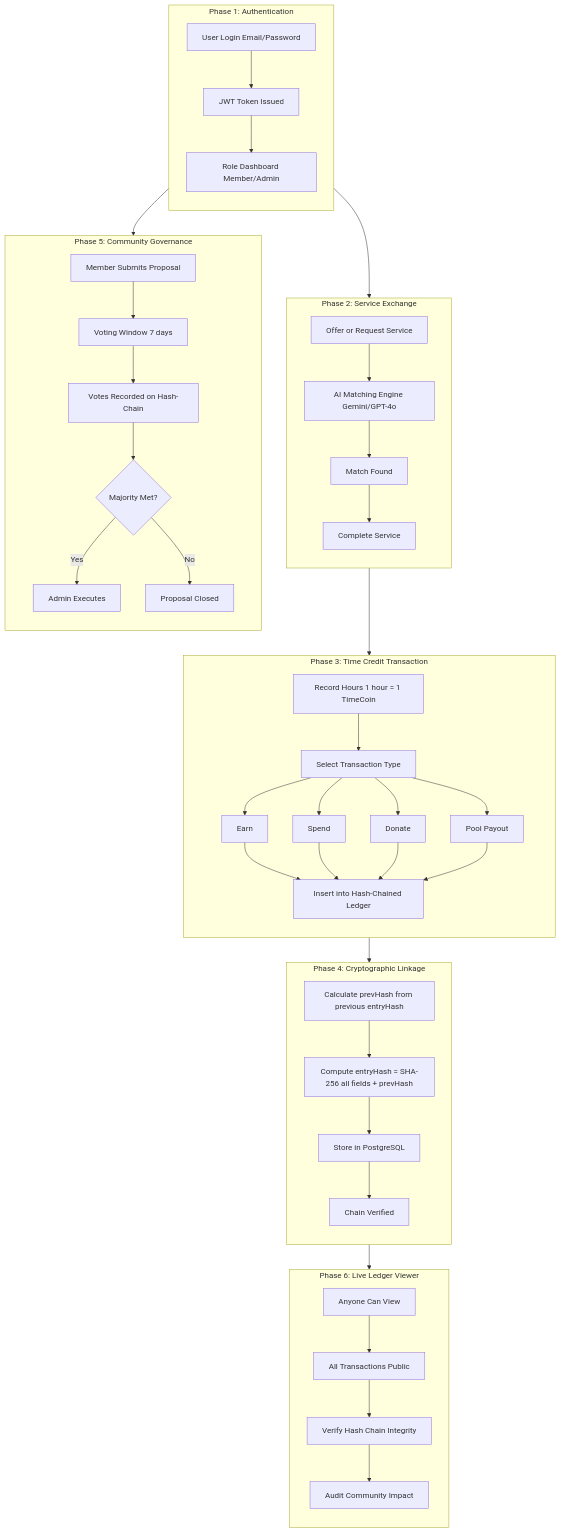
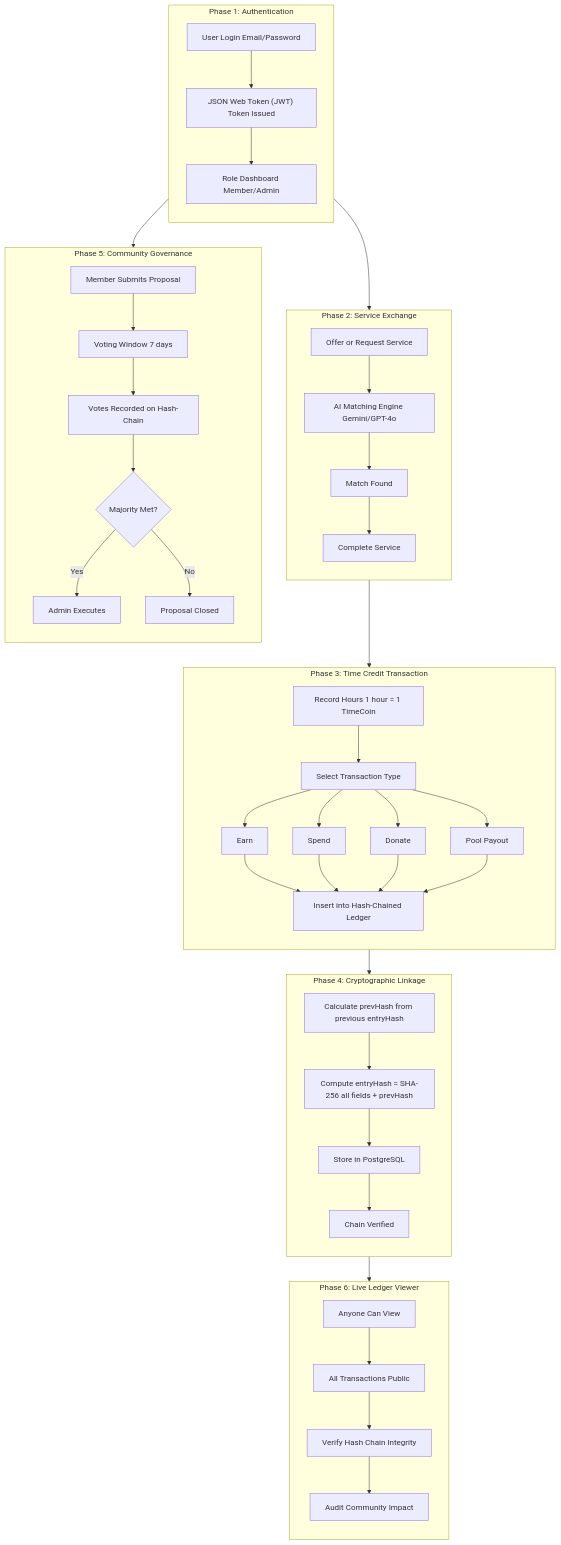
Before and after one commit to wcfjeffrey/jeffreywoo-timebank-dapp: the diagram in README.md, drawn with Mermaid.

Commit message:
Revise README
Revised README.

````diff
--- a/README.md
+++ b/README.md
@@ -393,57 +393,57 @@
 ```mermaid
 flowchart TD
     subgraph PHASE1["Phase 1: Authentication"]
         direction TB
-        A1["User Login Email/Password"] --> A2["JWT Token Issued"]
+        A1["User Login Email/Password"] --> A2["JSON Web Token (JWT) Token Issued"]
         A2 --> A3["Role Dashboard Member/Admin"]
     end
 
     subgraph PHASE2["Phase 2: Service Exchange"]
         direction TB
         B1["Offer or Request Service"] --> B2["AI Matching Engine Gemini/GPT-4o"]
         B2 --> B3["Match Found"]
         B3 --> B4["Complete Service"]
     end
 
     subgraph PHASE3["Phase 3: Time Credit Transaction"]
         direction TB
         C1["Record Hours 1 hour = 1 TimeCoin"] --> C2["Select Transaction Type"]
         C2 --> C3["Earn"]
         C2 --> C4["Spend"]
         C2 --> C5["Donate"]
         C2 --> C6["Pool Payout"]
         C3 --> C7["Insert into Hash-Chained Ledger"]
         C4 --> C7
         C5 --> C7
         C6 --> C7
     end
 
     subgraph PHASE4["Phase 4: Cryptographic Linkage"]
         direction TB
         D1["Calculate prevHash from previous entryHash"] --> D2["Compute entryHash = SHA-256 all fields + prevHash"]
         D2 --> D3["Store in PostgreSQL"]
         D3 --> D4["Chain Verified"]
     end
 
     subgraph PHASE5["Phase 5: Community Governance"]
         direction TB
         E1["Member Submits Proposal"] --> E2["Voting Window 7 days"]
         E2 --> E3["Votes Recorded on Hash-Chain"]
         E3 --> E4{"Majority Met?"}
         E4 -->|Yes| E5["Admin Executes"]
         E4 -->|No| E6["Proposal Closed"]
     end
 
     subgraph PHASE6["Phase 6: Live Ledger Viewer"]
         direction TB
         F1["Anyone Can View"] --> F2["All Transactions Public"]
         F2 --> F3["Verify Hash Chain Integrity"]
         F3 --> F4["Audit Community Impact"]
     end
 
     A3 --> B1
     B4 --> C1
     C7 --> D1
     D4 --> F1
     A3 --> E1
 ```
````
